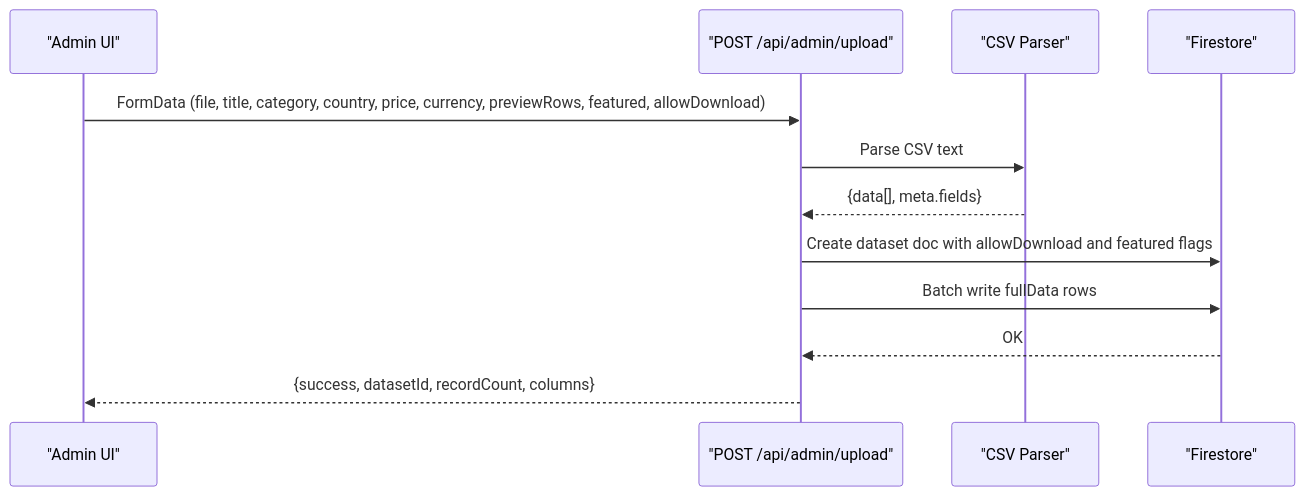
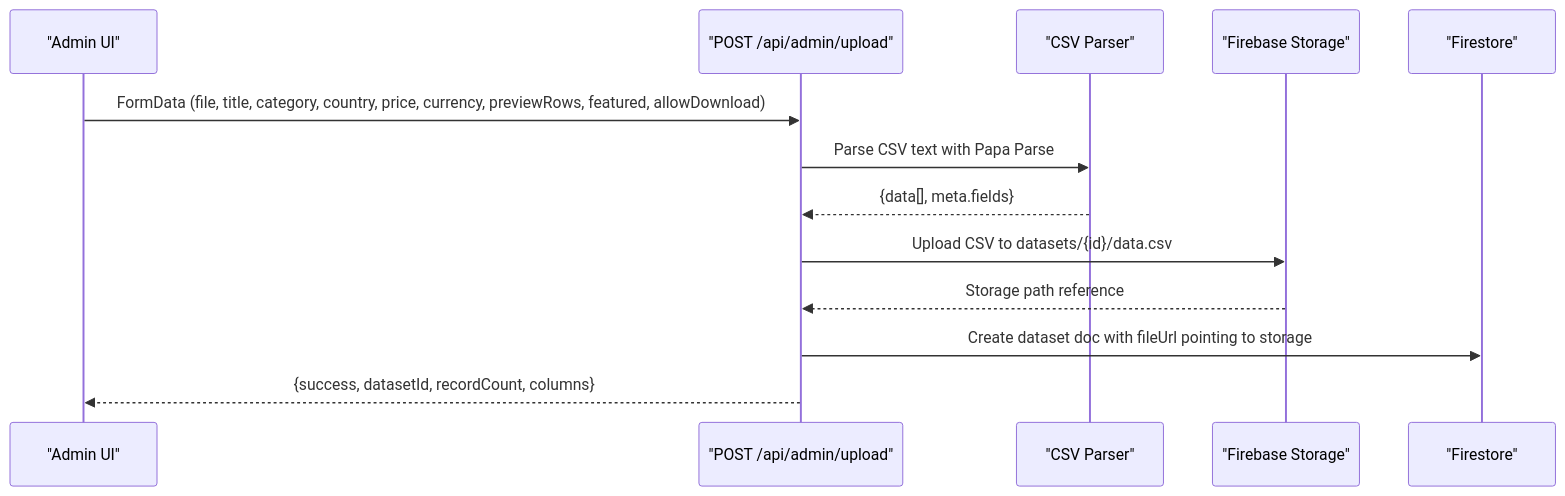
One commit to alikizang/datafrica changed the fifth of 9 diagrams in .qoder/repowiki/en/content/Dataset Management/Dataset Management.md. Above: the diagram before and after it, drawn with Mermaid. The commit also changed other lines of this file and 21 other files, not shown here.

````diff
--- a/.qoder/repowiki/en/content/Dataset Management/Dataset Management.md
+++ b/.qoder/repowiki/en/content/Dataset Management/Dataset Management.md
@@ -295,14 +300,15 @@
 ```mermaid
 sequenceDiagram
 participant Admin as "Admin UI"
 participant Upload as "POST /api/admin/upload"
 participant Parse as "CSV Parser"
+participant Storage as "Firebase Storage"
 participant DB as "Firestore"
 Admin->>Upload : FormData (file, title, category, country, price, currency, previewRows, featured, allowDownload)
-Upload->>Parse : Parse CSV text
+Upload->>Parse : Parse CSV text with Papa Parse
 Parse-->>Upload : {data[], meta.fields}
-Upload->>DB : Create dataset doc with allowDownload and featured flags
-Upload->>DB : Batch write fullData rows
-DB-->>Upload : OK
+Upload->>Storage : Upload CSV to datasets/{id}/data.csv
+Storage-->>Upload : Storage path reference
+Upload->>DB : Create dataset doc with fileUrl pointing to storage
 Upload-->>Admin : {success, datasetId, recordCount, columns}
 ```
````
